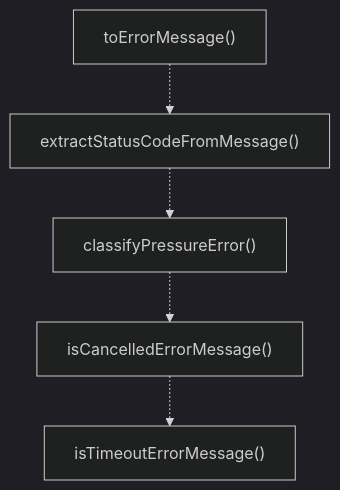
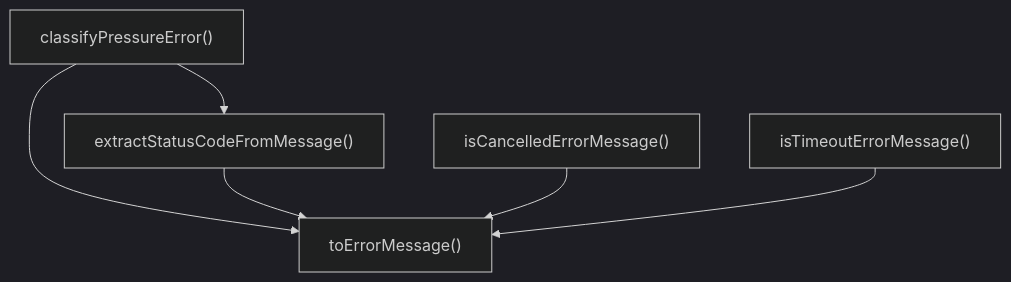
One commit to Mekann2904/mekann changed the diagram in ABDD/.pi/lib/error-utils.md. Above: the diagram before and after it, drawn with Mermaid (dark theme). The commit also changed other lines of this file and 277 other files, not shown here.

````diff
--- a/ABDD/.pi/lib/error-utils.md
+++ b/ABDD/.pi/lib/error-utils.md
@@ -31,12 +31,13 @@
 ```mermaid
 flowchart TD
-  toErrorMessage["toErrorMessage()"]
+  classifyPressureError["classifyPressureError()"]
   extractStatusCodeFromMessage["extractStatusCodeFromMessage()"]
-  classifyPressureError["classifyPressureError()"]
   isCancelledErrorMessage["isCancelledErrorMessage()"]
   isTimeoutErrorMessage["isTimeoutErrorMessage()"]
-  toErrorMessage -.-> extractStatusCodeFromMessage
-  extractStatusCodeFromMessage -.-> classifyPressureError
-  classifyPressureError -.-> isCancelledErrorMessage
-  isCancelledErrorMessage -.-> isTimeoutErrorMessage
+  toErrorMessage["toErrorMessage()"]
+  classifyPressureError --> extractStatusCodeFromMessage
+  classifyPressureError --> toErrorMessage
+  extractStatusCodeFromMessage --> toErrorMessage
+  isCancelledErrorMessage --> toErrorMessage
+  isTimeoutErrorMessage --> toErrorMessage
 ```
````
